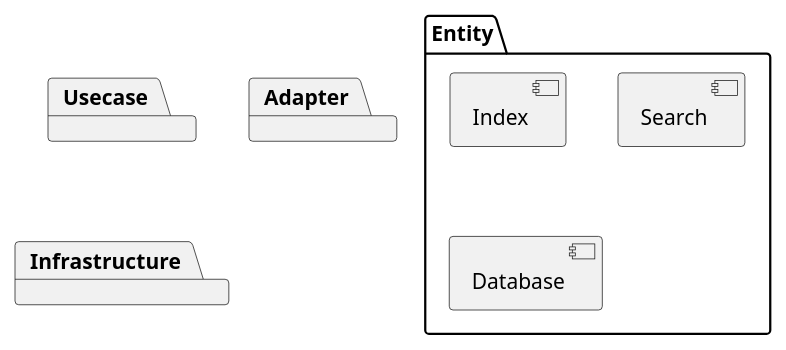
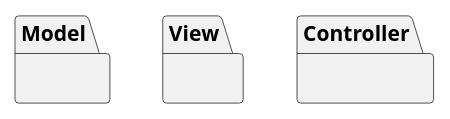
The diagram in docs/md/Architecture.md (leeh8911/file_explorer), drawn with PlantUML before and after one commit. The commit also changed other lines of this file and 24 other files, not shown here.

````diff
--- a/docs/md/Architecture.md
+++ b/docs/md/Architecture.md
@@ -3,14 +3,9 @@
 ```plantuml
 @startuml
 
-package Entity {
-    component Index
-    component Search
-    component Database
-}
-package Usecase
-package Adapter
-package Infrastructure
+package Model {}
+package View {}
+package Controller {}
 
 @enduml
 ```
````
